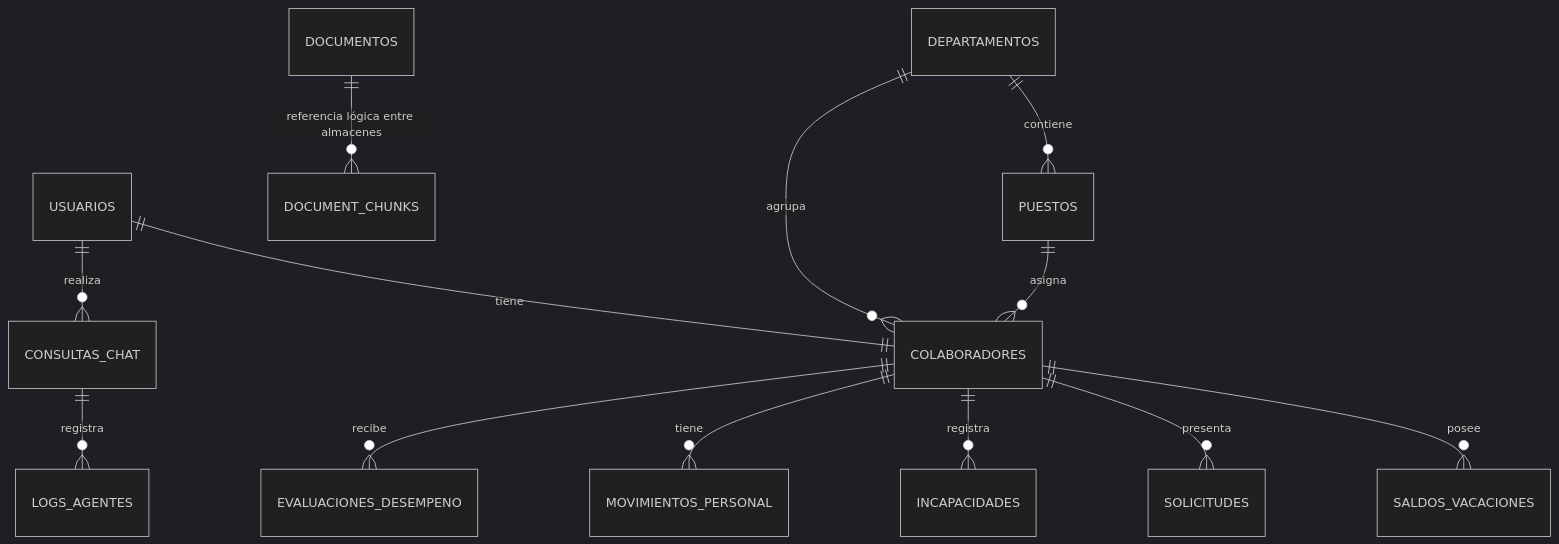
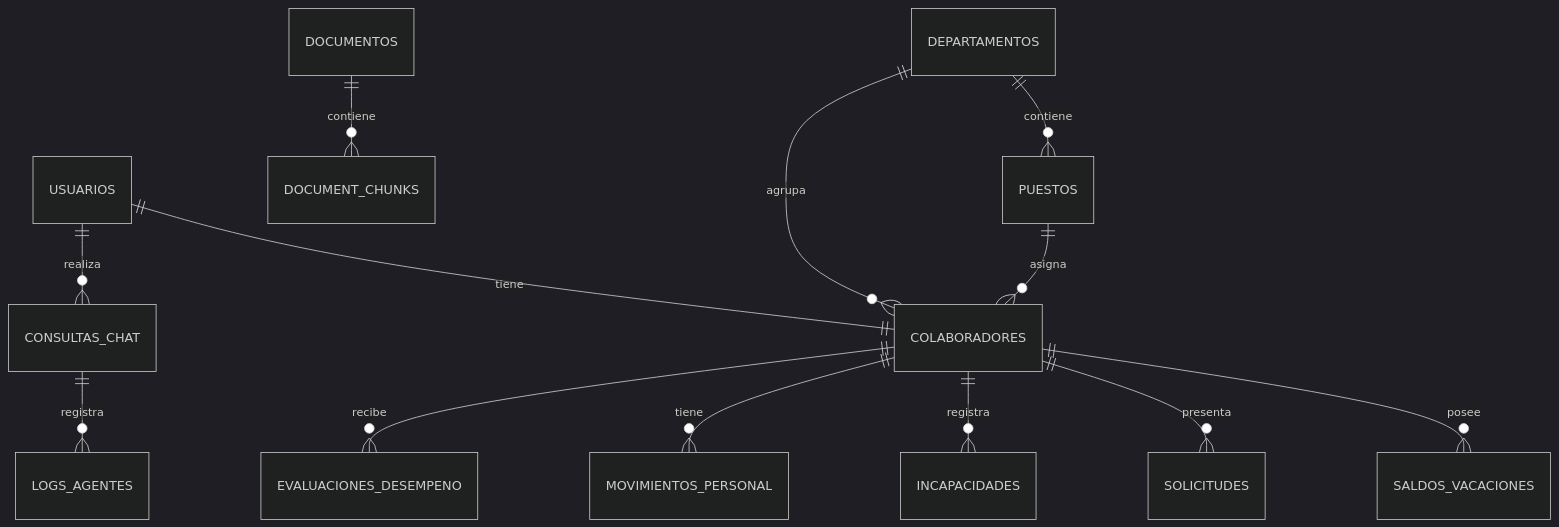
Before and after one commit to salgueroreymond2-tech/miniproyecto-2-BE: the second of 2 diagrams in docs/database-erd.md, drawn with Mermaid (dark theme). The commit also changed other lines of this file and 4 other files, not shown here.

````diff
--- a/docs/database-erd.md
+++ b/docs/database-erd.md
@@ -12,15 +11,15 @@
 ```mermaid
 erDiagram
   USUARIOS ||--|| COLABORADORES : tiene
   DEPARTAMENTOS ||--o{ PUESTOS : contiene
   DEPARTAMENTOS ||--o{ COLABORADORES : agrupa
   PUESTOS ||--o{ COLABORADORES : asigna
   COLABORADORES ||--o{ SALDOS_VACACIONES : posee
   COLABORADORES ||--o{ SOLICITUDES : presenta
   COLABORADORES ||--o{ INCAPACIDADES : registra
   COLABORADORES ||--o{ MOVIMIENTOS_PERSONAL : tiene
   COLABORADORES ||--o{ EVALUACIONES_DESEMPENO : recibe
   USUARIOS ||--o{ CONSULTAS_CHAT : realiza
   CONSULTAS_CHAT ||--o{ LOGS_AGENTES : registra
-  DOCUMENTOS ||--o{ DOCUMENT_CHUNKS : "referencia lógica entre almacenes"
+  DOCUMENTOS ||--o{ DOCUMENT_CHUNKS : contiene
 ```
````
